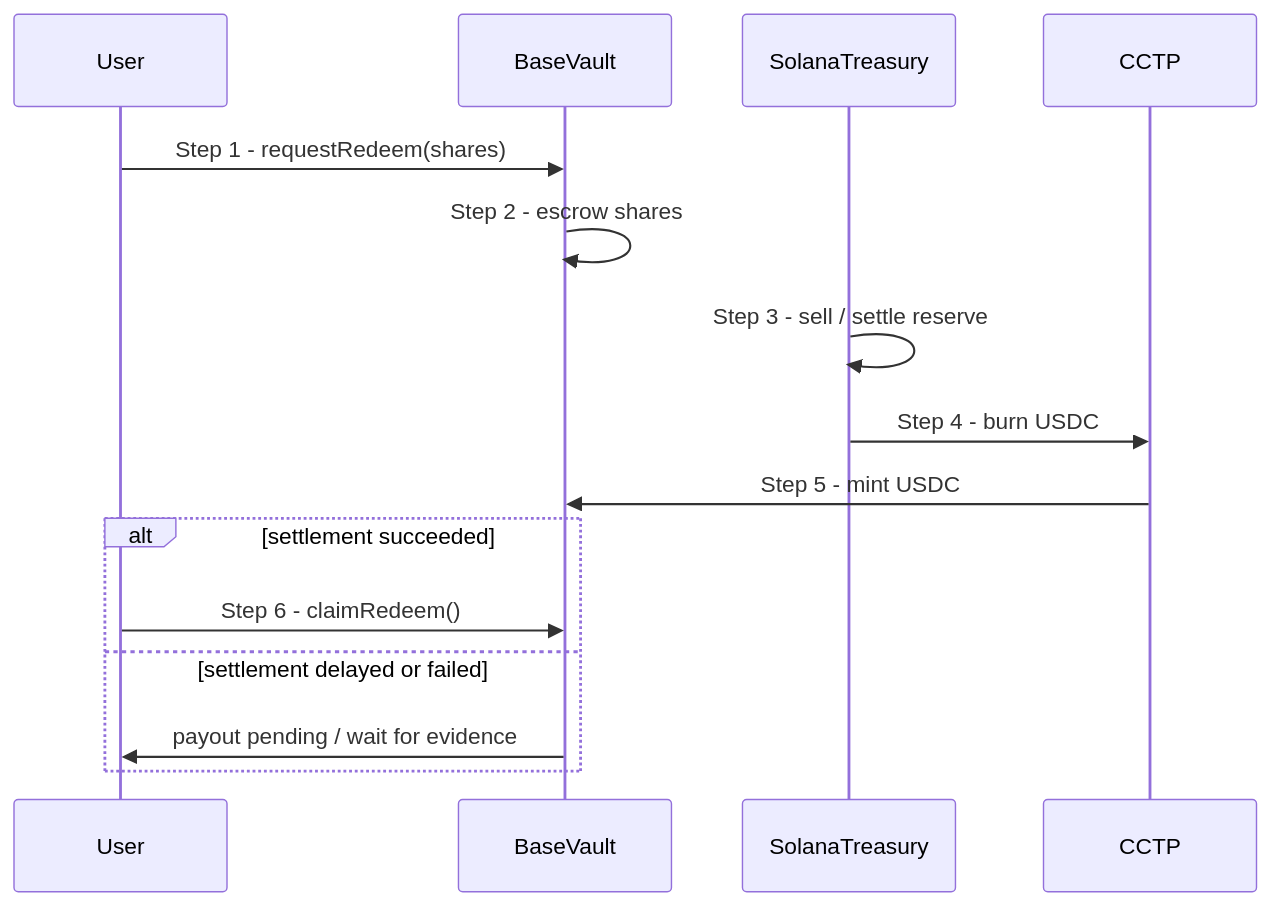
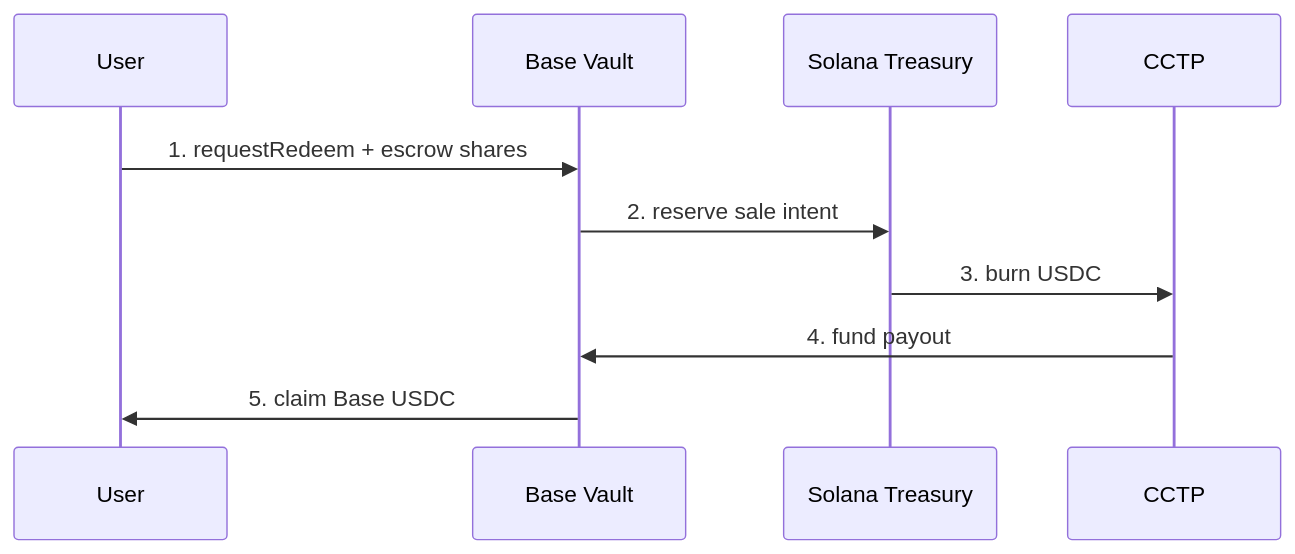
Before and after one commit to Ham3798/OmniETF: the third of 3 diagrams in slides.md, drawn with Mermaid. The commit also changed other lines of this file and 3 other files, not shown here.

````diff
--- a/slides.md
+++ b/slides.md
@@ -458,19 +388,13 @@
 ```mermaid
 sequenceDiagram
   participant U as User
-  participant BV as BaseVault
-  participant ST as SolanaTreasury
-  participant CP as CCTP
+  participant BV as Base Vault
+  participant ST as Solana Treasury
+  participant C as CCTP
 
-  U->>BV: Step 1 - requestRedeem(shares)
-  BV->>BV: Step 2 - escrow shares
-  ST->>ST: Step 3 - sell / settle reserve
-  ST->>CP: Step 4 - burn USDC
-  CP->>BV: Step 5 - mint USDC
-
-  alt settlement succeeded
-    U->>BV: Step 6 - claimRedeem()
-  else settlement delayed or failed
-    BV->>U: payout pending / wait for evidence
-  end
+  U->>BV: 1. requestRedeem + escrow shares
+  BV->>ST: 2. reserve sale intent
+  ST->>C: 3. burn USDC
+  C->>BV: 4. fund payout
+  BV->>U: 5. claim Base USDC
 ```
````
